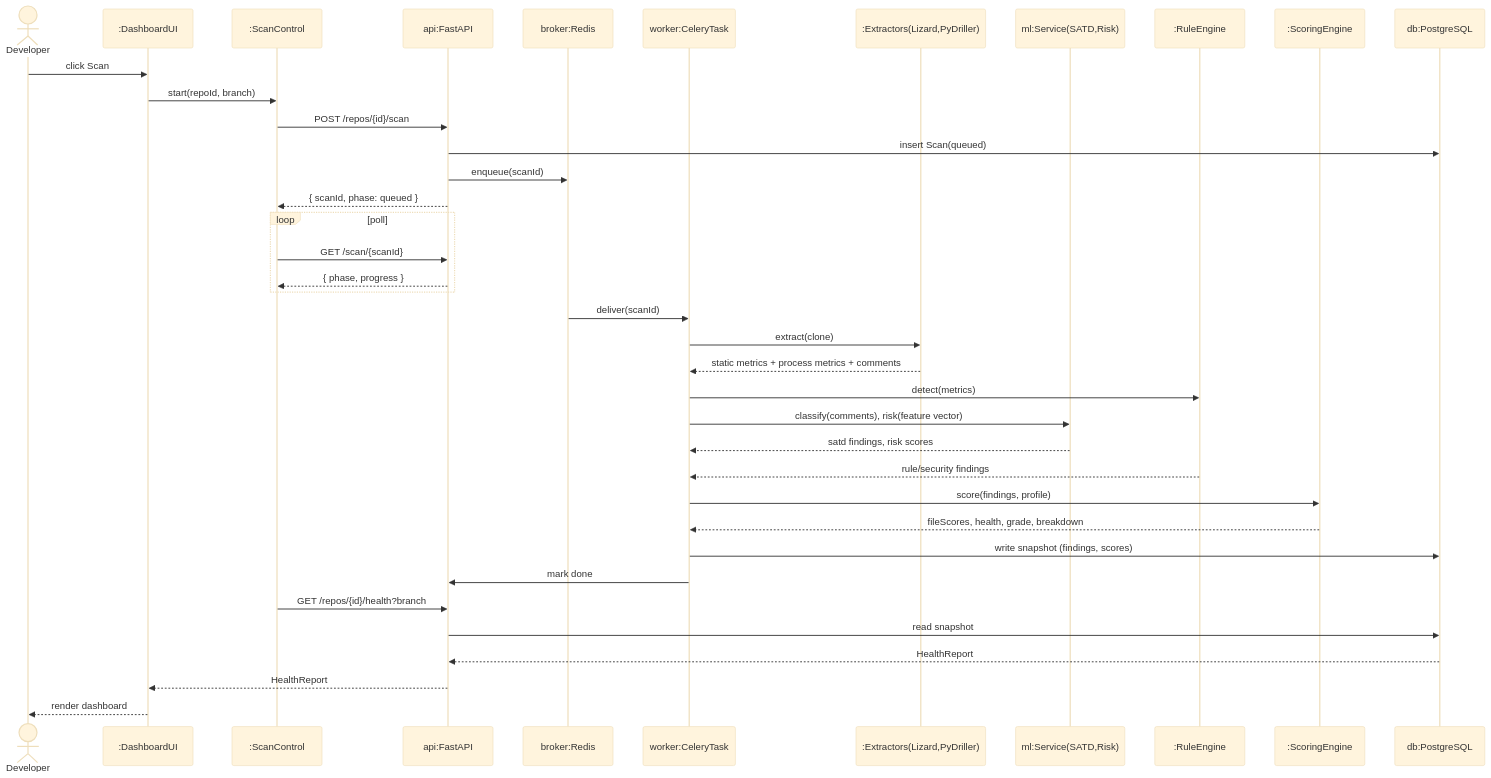
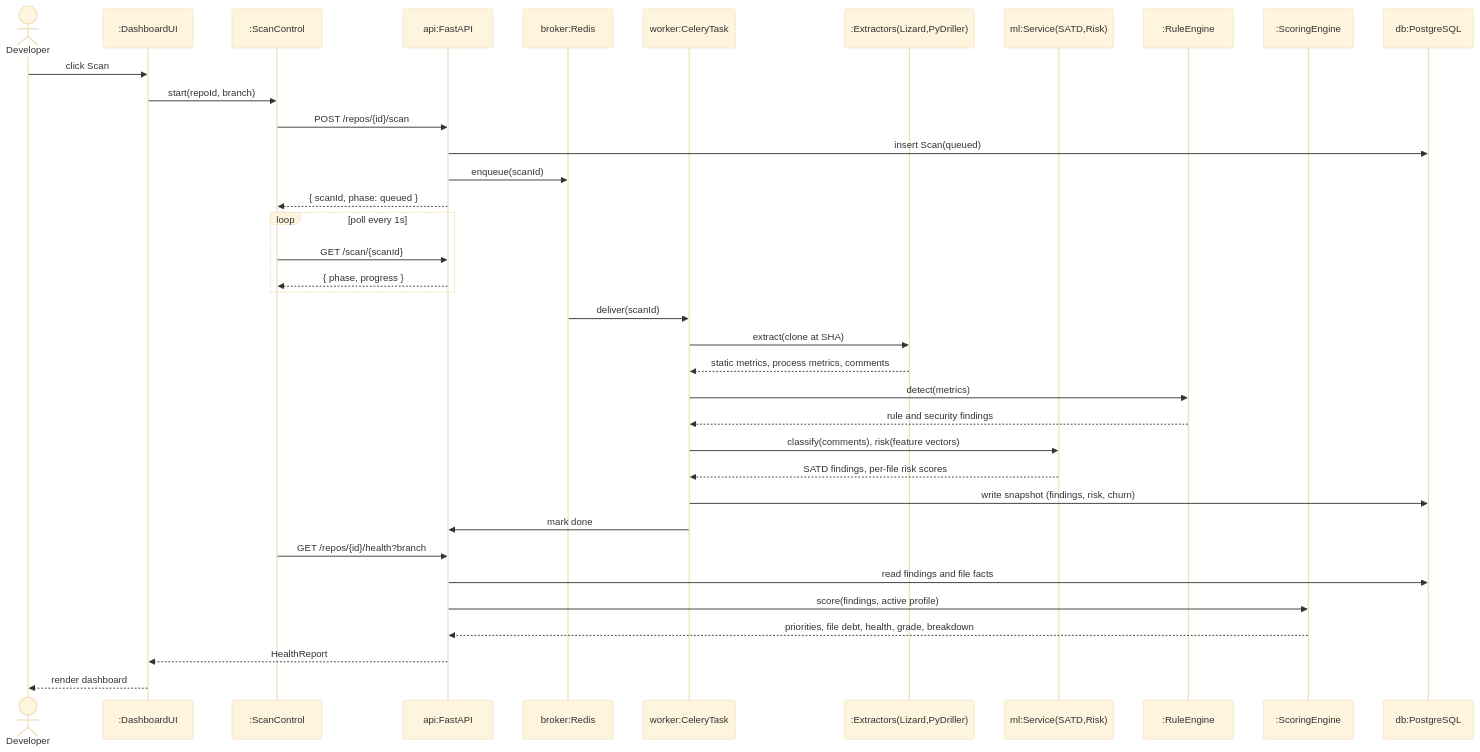
Before and after one commit to JPabasara/CodeSage-AI: the fifth of 9 diagrams in docs/Deliverables/Software_Architecture_Document.md, drawn with Mermaid (base theme). The commit also changed other lines of this file, not shown here.

````diff
--- a/docs/Deliverables/Software_Architecture_Document.md
+++ b/docs/Deliverables/Software_Architecture_Document.md
@@ -291,41 +360,40 @@
 ```mermaid
 sequenceDiagram
     actor Dev as Developer
     participant UI as :DashboardUI
     participant SC as :ScanControl
     participant API as api:FastAPI
     participant Q as broker:Redis
     participant W as worker:CeleryTask
     participant EX as :Extractors(Lizard,PyDriller)
     participant ML as ml:Service(SATD,Risk)
     participant RE as :RuleEngine
     participant SS as :ScoringEngine
     participant DB as db:PostgreSQL
 
     Dev->>UI: click Scan
     UI->>SC: start(repoId, branch)
     SC->>API: POST /repos/{id}/scan
     API->>DB: insert Scan(queued)
     API->>Q: enqueue(scanId)
     API-->>SC: { scanId, phase: queued }
-    loop poll
+    loop poll every 1s
         SC->>API: GET /scan/{scanId}
         API-->>SC: { phase, progress }
     end
     Q->>W: deliver(scanId)
-    W->>EX: extract(clone)
-    EX-->>W: static metrics + process metrics + comments
+    W->>EX: extract(clone at SHA)
+    EX-->>W: static metrics, process metrics, comments
     W->>RE: detect(metrics)
-    W->>ML: classify(comments), risk(feature vector)
-    ML-->>W: satd findings, risk scores
-    RE-->>W: rule/security findings
-    W->>SS: score(findings, profile)
-    SS-->>W: fileScores, health, grade, breakdown
-    W->>DB: write snapshot (findings, scores)
+    RE-->>W: rule and security findings
+    W->>ML: classify(comments), risk(feature vectors)
+    ML-->>W: SATD findings, per-file risk scores
+    W->>DB: write snapshot (findings, risk, churn) 
     W->>API: mark done
     SC->>API: GET /repos/{id}/health?branch
-    API->>DB: read snapshot
-    DB-->>API: HealthReport
+    API->>DB: read findings and file facts
+    API->>SS: score(findings, active profile)
+    SS-->>API: priorities, file debt, health, grade, breakdown
     API-->>UI: HealthReport
     UI-->>Dev: render dashboard
 ```
````
